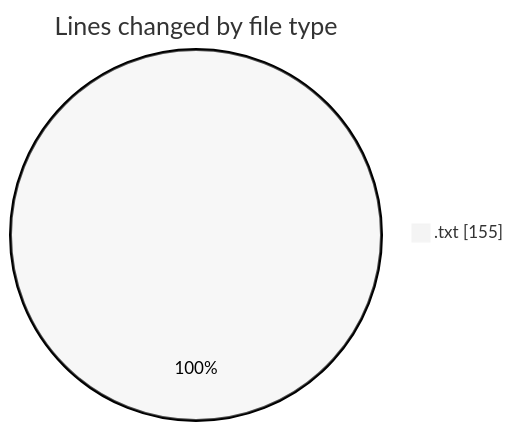
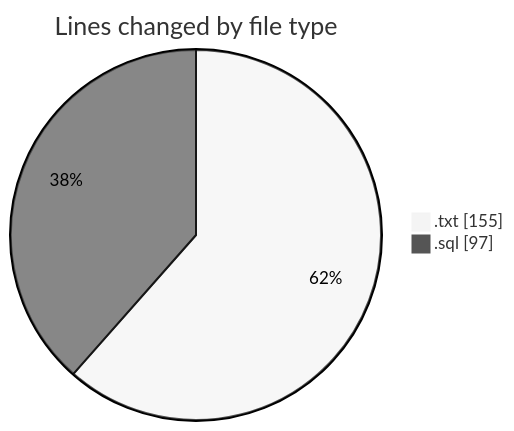
The first of 2 diagrams in 2026-10-02/cilreports__workspace_/README.md (ricardozamudiocil/code-tracking), drawn with Mermaid (neutral theme) before and after one commit. The commit also changed other lines of this file and 1 other file, not shown here.

````diff
--- a/2026-10-02/cilreports__workspace_/README.md
+++ b/2026-10-02/cilreports__workspace_/README.md
@@ -20,5 +21,6 @@
 ```mermaid
 pie showData
 title Lines changed by file type
 ".txt" : 155
+".sql" : 97
 ```
````
